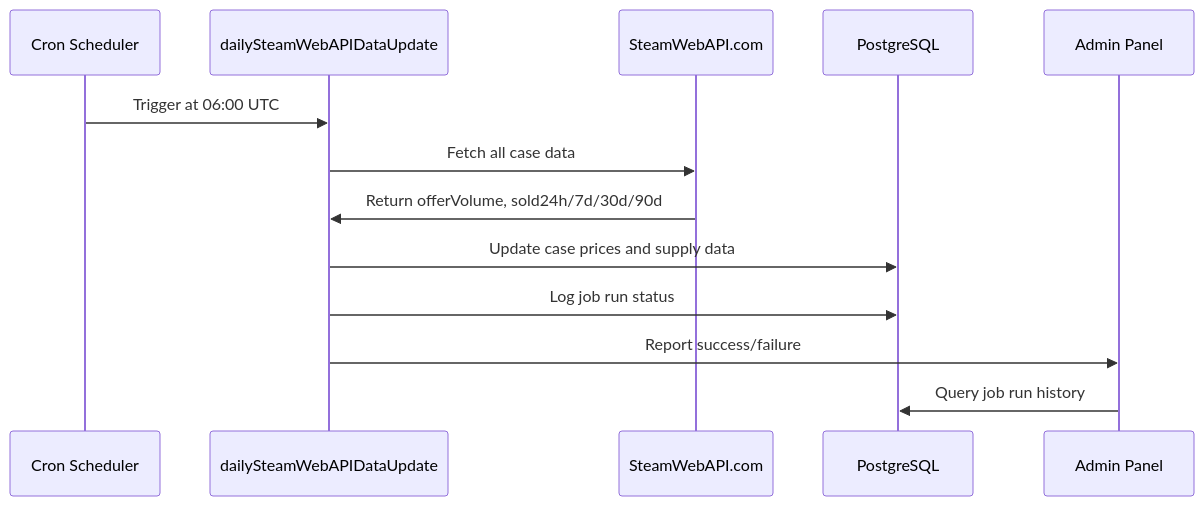
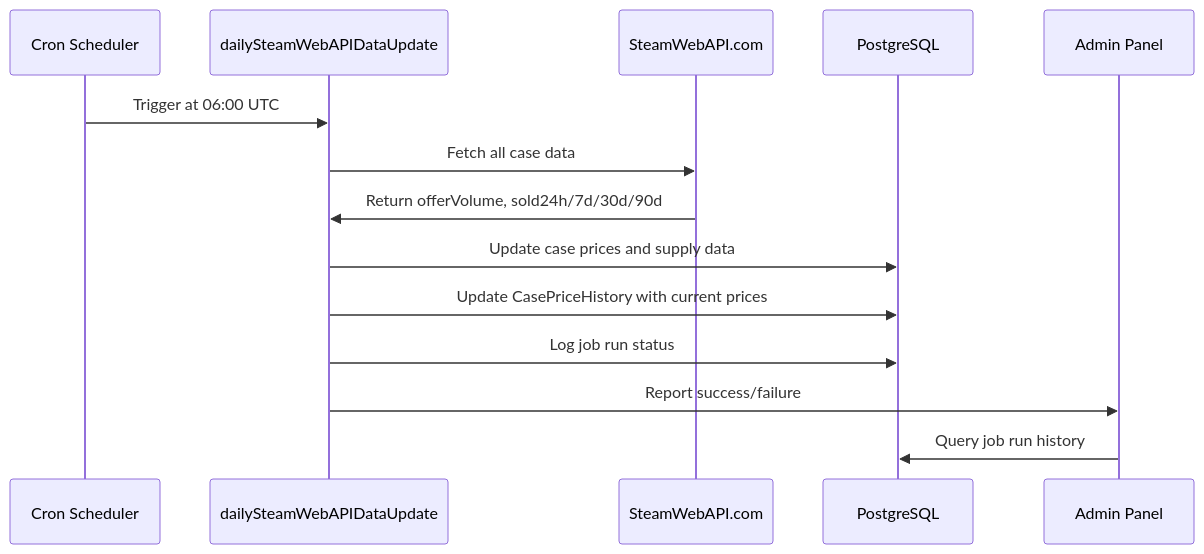
The fourth of 4 diagrams in docs/ARCHITECTURE.md (arrijr/cs2-skintracker), drawn with Mermaid before and after one commit. The commit also changed 5 other files, not shown here.

First line of the commit message:
fix: Complete Price History Frontend Fix and Cronjob Enhancement

````diff
--- a/docs/ARCHITECTURE.md
+++ b/docs/ARCHITECTURE.md
@@ -110,16 +110,17 @@
 ```mermaid
 sequenceDiagram
     participant Cron as Cron Scheduler
     participant Job as dailySteamWebAPIDataUpdate
     participant API as SteamWebAPI.com
     participant DB as PostgreSQL
     participant Admin as Admin Panel
     
     Cron->>Job: Trigger at 06:00 UTC
     Job->>API: Fetch all case data
     API->>Job: Return offerVolume, sold24h/7d/30d/90d
-    Job->>DB: Update case prices and supply data
-    Job->>DB: Log job run status
-    Job->>Admin: Report success/failure
-    Admin->>DB: Query job run history
+           Job->>DB: Update case prices and supply data
+           Job->>DB: Update CasePriceHistory with current prices
+           Job->>DB: Log job run status
+           Job->>Admin: Report success/failure
+           Admin->>DB: Query job run history
 ```
````
